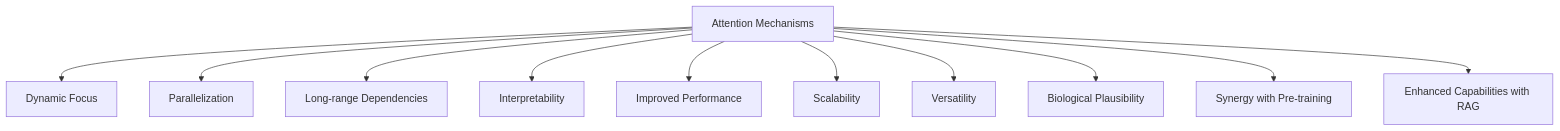
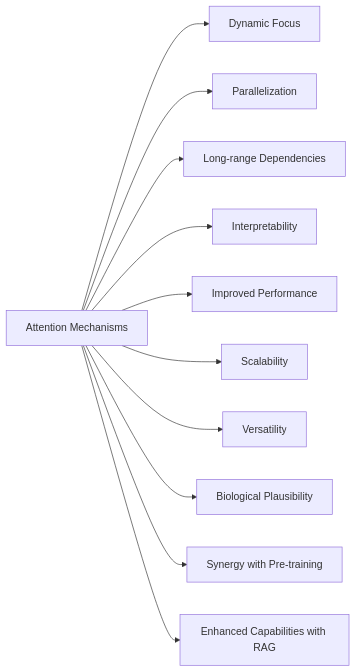
The fifth of 5 diagrams in posts/attentions/index.qmd (antomon/antomon.github.io), drawn with Mermaid before and after one commit. The commit also changed other lines of this file and 6 other files, not shown here.

````diff
--- a/posts/attentions/index.qmd
+++ b/posts/attentions/index.qmd
@@ -148,13 +150,13 @@
 ```{mermaid}
-graph TD
+flowchart LR
     A[Attention Mechanisms] --> B[Dynamic Focus]
     A --> C[Parallelization]
     A --> D[Long-range Dependencies]
     A --> E[Interpretability]
     A --> F[Improved Performance]
     A --> G[Scalability]
     A --> H[Versatility]
     A --> I[Biological Plausibility]
     A --> J[Synergy with Pre-training]
     A --> K[Enhanced Capabilities with RAG]
 ```
````
